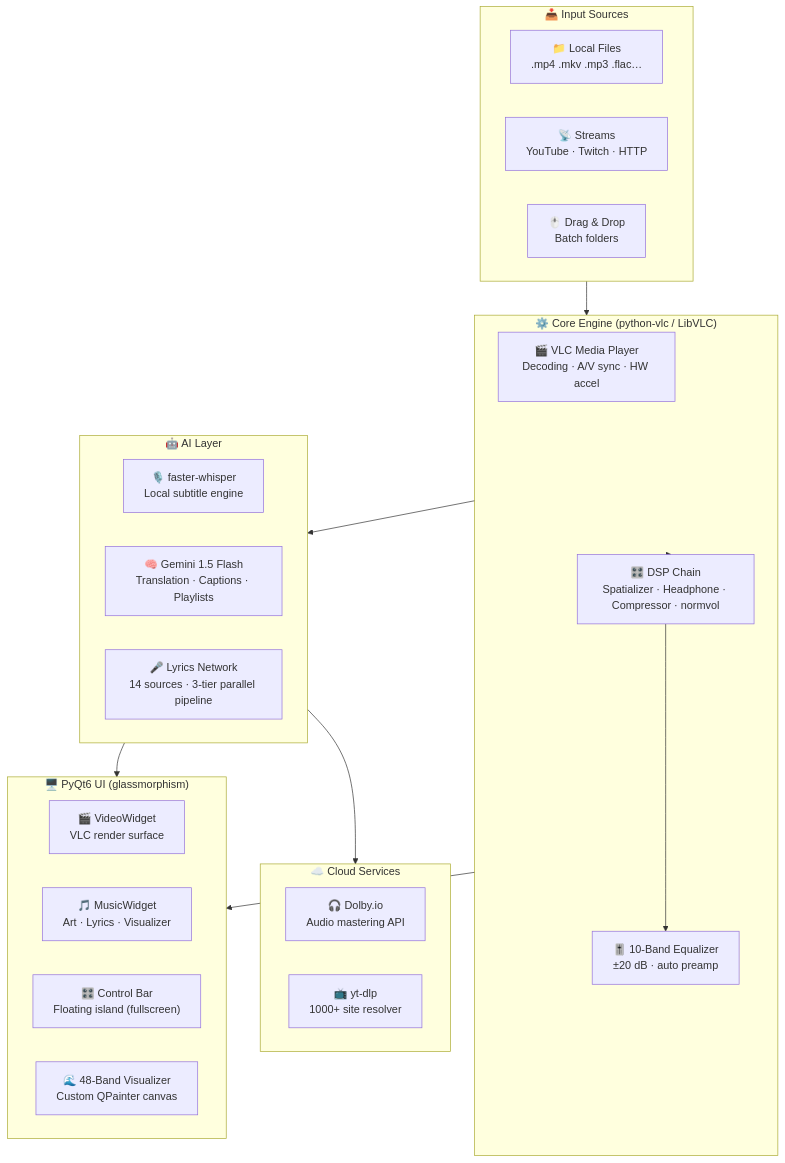
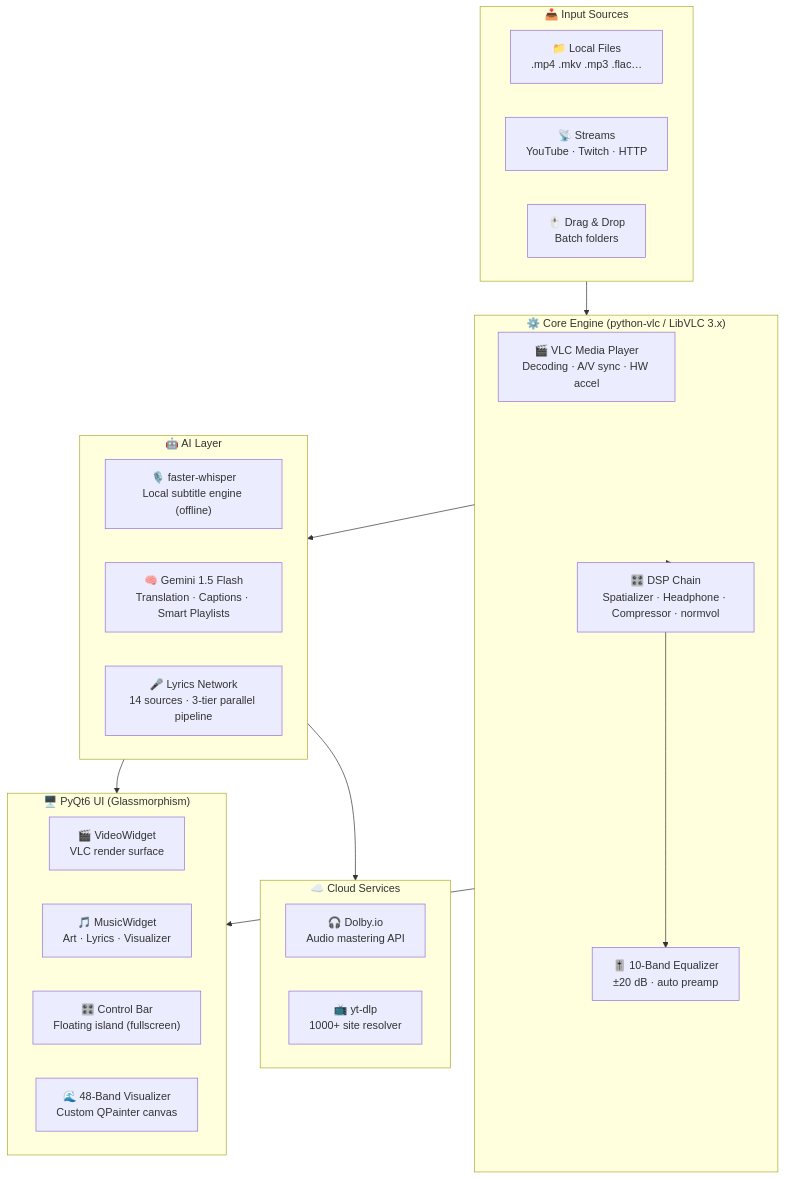
The second of 2 diagrams in README.md (sandytalks/SANDYPLAY), drawn with Mermaid before and after one commit. The commit also changed other lines of this file, not shown here.

````diff
--- a/README.md
+++ b/README.md
@@ -567,39 +694,39 @@
 ```mermaid
 graph TB
     subgraph INPUT["📥  Input Sources"]
         L["📁 Local Files\n.mp4 .mkv .mp3 .flac…"]
         S["📡 Streams\nYouTube · Twitch · HTTP"]
         D["🖱️ Drag & Drop\nBatch folders"]
     end
 
-    subgraph CORE["⚙️  Core Engine  (python-vlc / LibVLC)"]
+    subgraph CORE["⚙️  Core Engine  (python-vlc / LibVLC 3.x)"]
         VLC["🎬 VLC Media Player\nDecoding · A/V sync · HW accel"]
         DSP["🎛️ DSP Chain\nSpatializer · Headphone · Compressor · normvol"]
         EQ["🎚️ 10-Band Equalizer\n±20 dB · auto preamp"]
     end
 
     subgraph AI["🤖  AI Layer"]
-        W["🎙️ faster-whisper\nLocal subtitle engine"]
-        G["🧠 Gemini 1.5 Flash\nTranslation · Captions · Playlists"]
+        W["🎙️ faster-whisper\nLocal subtitle engine (offline)"]
+        G["🧠 Gemini 1.5 Flash\nTranslation · Captions · Smart Playlists"]
         LY["🎤 Lyrics Network\n14 sources · 3-tier parallel pipeline"]
     end
 
     subgraph CLOUD["☁️  Cloud Services"]
         DOL["🎧 Dolby.io\nAudio mastering API"]
         YT["📺 yt-dlp\n1000+ site resolver"]
     end
 
-    subgraph UI["🖥️  PyQt6 UI  (glassmorphism)"]
+    subgraph UI["🖥️  PyQt6 UI  (Glassmorphism)"]
         VW["🎬 VideoWidget\nVLC render surface"]
         MW["🎵 MusicWidget\nArt · Lyrics · Visualizer"]
         CB["🎛️ Control Bar\nFloating island (fullscreen)"]
         VIS["🌊 48-Band Visualizer\nCustom QPainter canvas"]
     end
 
     INPUT --> CORE
     CORE --> DSP --> EQ
     CORE --> AI
     AI --> CLOUD
     CORE --> UI
     AI --> UI
 ```
````
